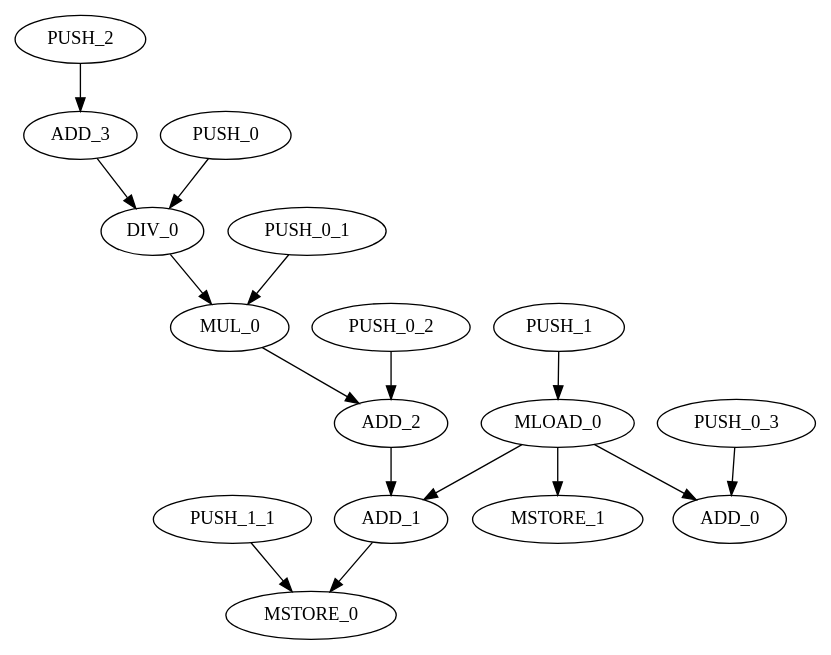
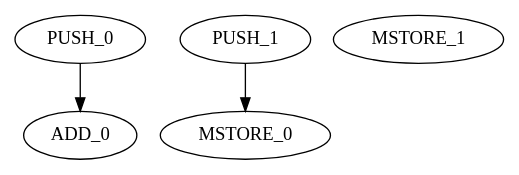
The diagram in extended.dot (costa-group/gasol-optimizer), drawn with Graphviz before and after one commit. The commit also changed 122 other files, not shown here.

```diff
--- a/extended.dot
+++ b/extended.dot
@@ -1,83 +1,26 @@
 digraph {
-	graph [bb="0,0,598.89,468"];
+	graph [bb="0,0,366.44,108"];
 	node [label="\N"];
 	ADD_0	[height=0.5,
 		label=ADD_0,
-		pos="534.75,90",
+		pos="48.746,18",
 		width=1.1735];
-	MLOAD_0	[height=0.5,
-		label=MLOAD_0,
-		pos="405.75,162",
-		width=1.5887];
-	MLOAD_0 -> ADD_0	[pos="e,509.61,104.64 433.1,146.15 452.82,135.46 479.55,120.95 500.66,109.5"];
-	ADD_1	[height=0.5,
-		label=ADD_1,
-		pos="280.75,90",
-		width=1.1735];
-	MLOAD_0 -> ADD_1	[pos="e,305.4,104.8 378.93,145.98 360.02,135.39 334.55,121.13 314.29,109.79"];
+	MSTORE_0	[height=0.5,
+		label=MSTORE_0,
+		pos="172.75,18",
+		width=1.7693];
 	MSTORE_1	[height=0.5,
 		label=MSTORE_1,
-		pos="405.75,90",
+		pos="302.75,90",
 		width=1.7693];
-	MLOAD_0 -> MSTORE_1	[pos="e,405.75,108.1 405.75,143.7 405.75,135.98 405.75,126.71 405.75,118.11"];
-	MSTORE_0	[height=0.5,
-		label=MSTORE_0,
-		pos="220.75,18",
-		width=1.7693];
-	ADD_1 -> MSTORE_0	[pos="e,235,35.633 266.83,72.765 259.37,64.056 250.01,53.147 241.69,43.435"];
-	ADD_2	[height=0.5,
-		label=ADD_2,
-		pos="280.75,162",
-		width=1.1735];
-	ADD_2 -> ADD_1	[pos="e,280.75,108.1 280.75,143.7 280.75,135.98 280.75,126.71 280.75,118.11"];
-	MUL_0	[height=0.5,
-		label=MUL_0,
-		pos="159.75,234",
-		width=1.2277];
-	MUL_0 -> ADD_2	[pos="e,256.71,176.91 184.23,218.83 202.56,208.23 227.81,193.62 247.89,182.01"];
-	DIV_0	[height=0.5,
-		label=DIV_0,
-		pos="102.75,306",
-		width=1.0652];
-	DIV_0 -> MUL_0	[pos="e,146.2,251.63 115.97,288.76 123.06,280.06 131.94,269.15 139.85,259.43"];
-	ADD_3	[height=0.5,
-		label=ADD_3,
-		pos="48.746,378",
-		width=1.1735];
-	ADD_3 -> DIV_0	[pos="e,90.289,323.15 61.27,360.76 68.017,352.02 76.477,341.05 83.993,331.31"];
 	PUSH_0	[height=0.5,
 		label=PUSH_0,
-		pos="157.75,378",
+		pos="48.746,90",
 		width=1.354];
-	PUSH_0 -> DIV_0	[pos="e,115.69,323.47 144.71,360.41 137.93,351.78 129.51,341.06 121.99,331.5"];
+	PUSH_0 -> ADD_0	[pos="e,48.746,36.104 48.746,71.697 48.746,63.983 48.746,54.712 48.746,46.112"];
 	PUSH_1	[height=0.5,
 		label=PUSH_1,
-		pos="406.75,234",
+		pos="172.75,90",
 		width=1.354];
-	PUSH_1 -> MLOAD_0	[pos="e,405.99,180.1 406.5,215.7 406.39,207.98 406.26,198.71 406.13,190.11"];
-	PUSH_2	[height=0.5,
-		label=PUSH_2,
-		pos="48.746,450",
-		width=1.354];
-	PUSH_2 -> ADD_3	[pos="e,48.746,396.1 48.746,431.7 48.746,423.98 48.746,414.71 48.746,406.11"];
-	PUSH_0_1	[height=0.5,
-		label=PUSH_0_1,
-		pos="217.75,306",
-		width=1.6429];
-	PUSH_0_1 -> MUL_0	[pos="e,173.39,251.47 204,288.41 196.78,279.69 187.79,268.85 179.8,259.21"];
-	PUSH_0_2	[height=0.5,
-		label=PUSH_0_2,
-		pos="280.75,234",
-		width=1.6429];
-	PUSH_0_2 -> ADD_2	[pos="e,280.75,180.1 280.75,215.7 280.75,207.98 280.75,198.71 280.75,190.11"];
-	PUSH_1_1	[height=0.5,
-		label=PUSH_1_1,
-		pos="161.75,90",
-		width=1.6429];
-	PUSH_1_1 -> MSTORE_0	[pos="e,206.45,35.956 175.73,72.411 182.97,63.82 191.95,53.159 199.99,43.627"];
-	PUSH_0_3	[height=0.5,
-		label=PUSH_0_3,
-		pos="539.75,162",
-		width=1.6429];
-	PUSH_0_3 -> ADD_0	[pos="e,535.97,108.1 538.51,143.7 537.96,135.98 537.3,126.71 536.68,118.11"];
+	PUSH_1 -> MSTORE_0	[pos="e,172.75,36.104 172.75,71.697 172.75,63.983 172.75,54.712 172.75,46.112"];
 }
```
